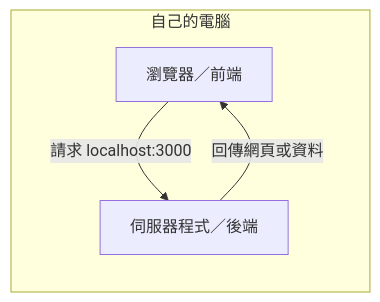
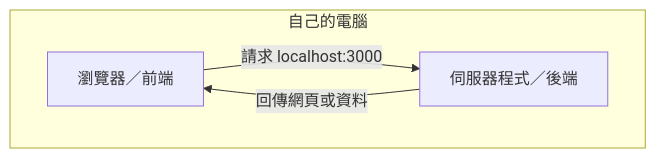
The fourth of 6 diagrams in src/decks/gdg-5th-cloud-build.md (wolf-yuan-6115/presentation), drawn with Mermaid before and after one commit. The commit also changed other lines of this file and 12 other files, not shown here.

Commit message:
feat: improve mermaid chart

````diff
--- a/src/decks/gdg-5th-cloud-build.md
+++ b/src/decks/gdg-5th-cloud-build.md
@@ -178,11 +177,12 @@
 ```mermaid
 flowchart LR
     accTitle: 在自己的電腦執行網站
     accDescr: 瀏覽器和伺服器都在自己的電腦內，透過 localhost 傳送請求與回應。
     subgraph localComputer["自己的電腦"]
+        direction LR
         browser["瀏覽器／前端"]
         server["伺服器程式／後端"]
         browser -->|"請求 localhost:3000"| server
         server -->|"回傳網頁或資料"| browser
     end
 ```
````
